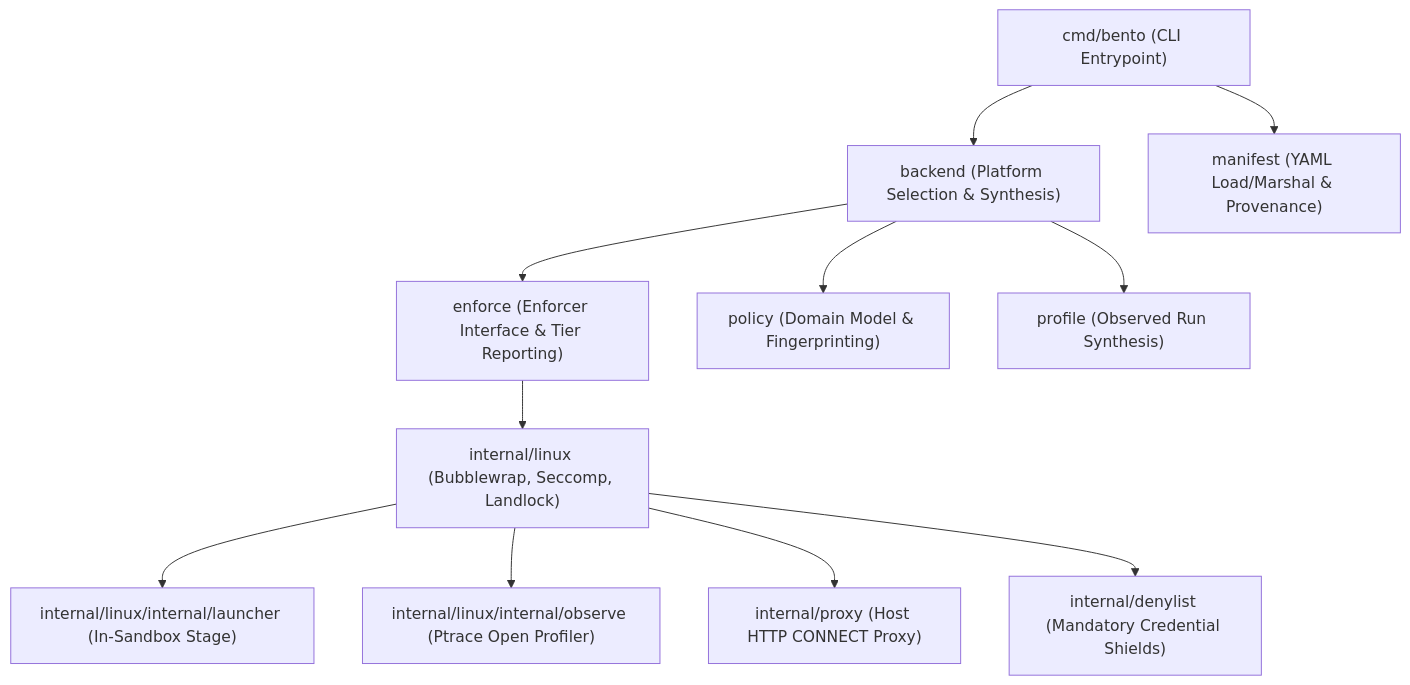
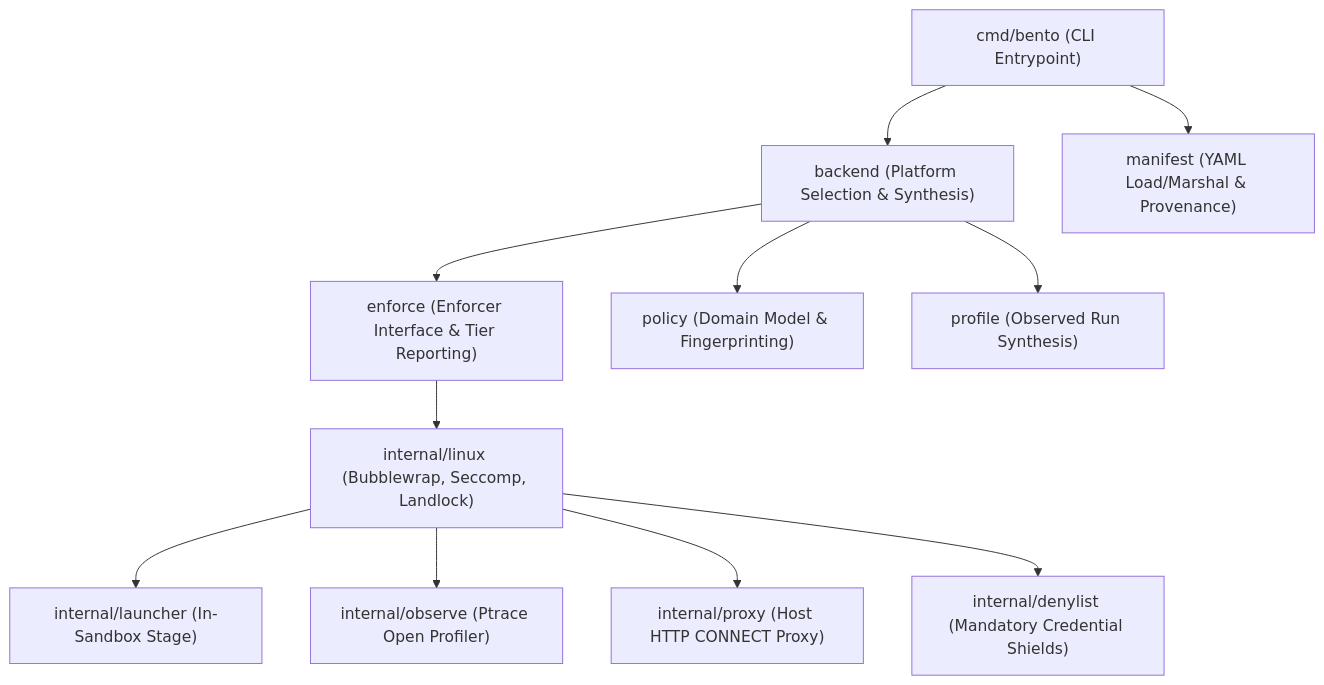
The first of 3 diagrams in docs/architecture.md (whiskeyjimbo/bento), drawn with Mermaid before and after one commit. The commit also changed other lines of this file, not shown here.

````diff
--- a/docs/architecture.md
+++ b/docs/architecture.md
@@ -20,15 +20,15 @@
 ```mermaid
 graph TD
     CLI["cmd/bento (CLI Entrypoint)"] --> Backend["backend (Platform Selection & Synthesis)"]
     CLI --> Manifest["manifest (YAML Load/Marshal & Provenance)"]
     
     Backend --> Enforce["enforce (Enforcer Interface & Tier Reporting)"]
     Backend --> Policy["policy (Domain Model & Fingerprinting)"]
     Backend --> Profile["profile (Observed Run Synthesis)"]
     
     Enforce --> LinuxBackend["internal/linux (Bubblewrap, Seccomp, Landlock)"]
-    LinuxBackend --> Launcher["internal/linux/internal/launcher (In-Sandbox Stage)"]
-    LinuxBackend --> Observer["internal/linux/internal/observe (Ptrace Open Profiler)"]
+    LinuxBackend --> Launcher["internal/launcher (In-Sandbox Stage)"]
+    LinuxBackend --> Observer["internal/observe (Ptrace Open Profiler)"]
     LinuxBackend --> Proxy["internal/proxy (Host HTTP CONNECT Proxy)"]
     LinuxBackend --> Denylist["internal/denylist (Mandatory Credential Shields)"]
 ```
````
